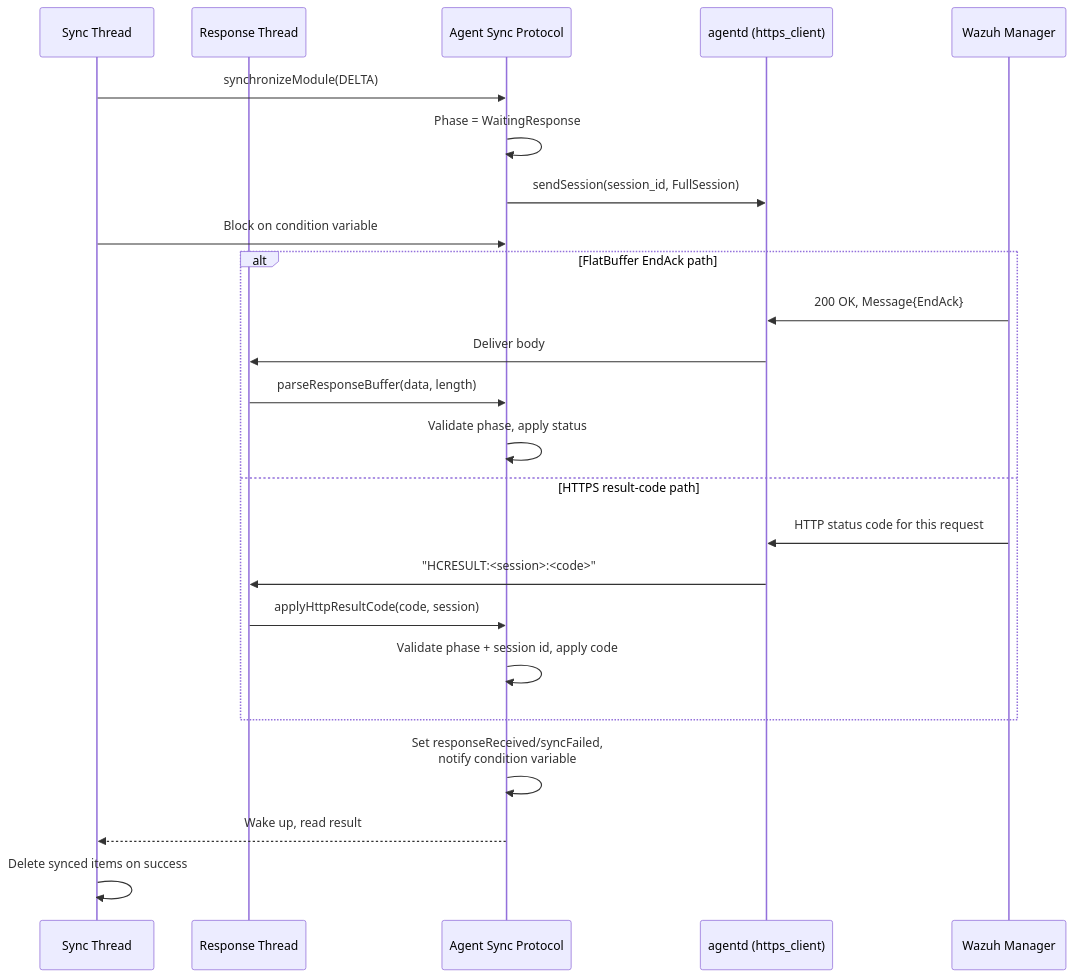
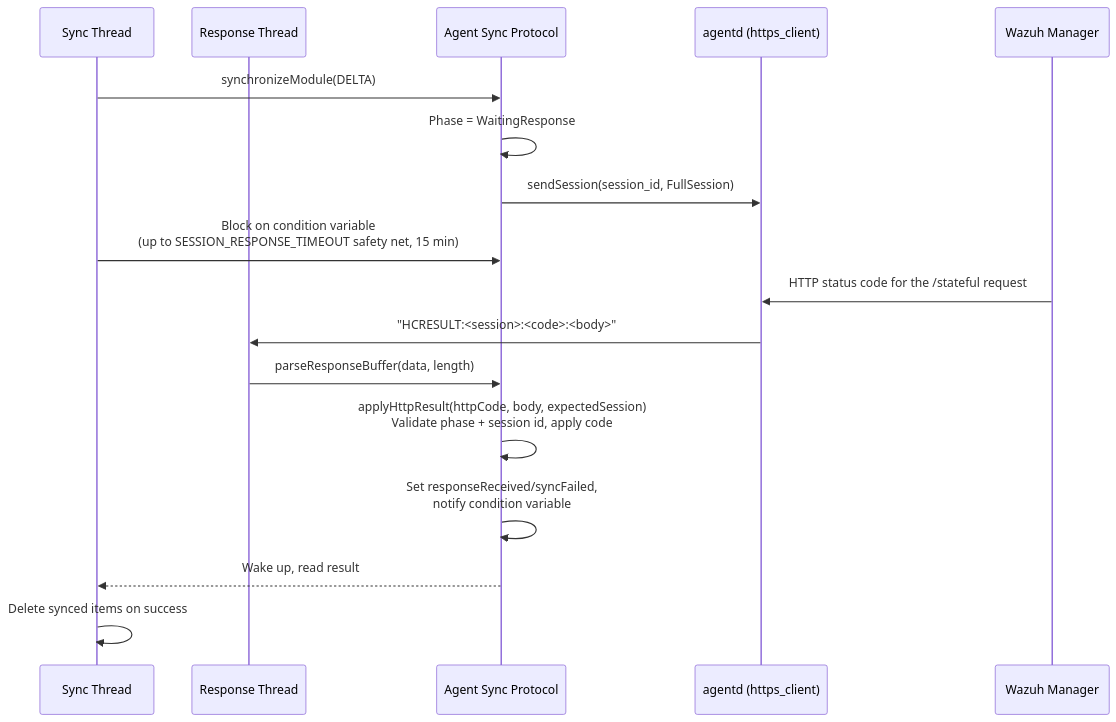
One commit to wazuh/wazuh changed diagram 12 of 12 in docs/ref/modules/utils/sync-protocol/sequence-diagrams.md. Above: the diagram before and after it, drawn with Mermaid. The commit also changed other lines of this file and 55 other files, not shown here.

````diff
--- a/docs/ref/modules/utils/sync-protocol/sequence-diagrams.md
+++ b/docs/ref/modules/utils/sync-protocol/sequence-diagrams.md
@@ -302,29 +307,22 @@
 ```mermaid
 sequenceDiagram
     participant SyncThread as Sync Thread
     participant ResponseThread as Response Thread
     participant ASP as Agent Sync Protocol
     participant AD as agentd (https_client)
     participant Manager as Wazuh Manager
 
     SyncThread->>ASP: synchronizeModule(DELTA)
     ASP->>ASP: Phase = WaitingResponse
     ASP->>AD: sendSession(session_id, FullSession)
-    SyncThread->>ASP: Block on condition variable
+    SyncThread->>ASP: Block on condition variable<br/>(up to SESSION_RESPONSE_TIMEOUT safety net, 15 min)
 
-    alt FlatBuffer EndAck path
-        Manager->>AD: 200 OK, Message{EndAck}
-        AD->>ResponseThread: Deliver body
-        ResponseThread->>ASP: parseResponseBuffer(data, length)
-        ASP->>ASP: Validate phase, apply status
-    else HTTPS result-code path
-        Manager->>AD: HTTP status code for this request
-        AD->>ResponseThread: "HCRESULT:<session>:<code>"
-        ResponseThread->>ASP: applyHttpResultCode(code, session)
-        ASP->>ASP: Validate phase + session id, apply code
-    end
+    Manager->>AD: HTTP status code for the /stateful request
+    AD->>ResponseThread: "HCRESULT:<session>:<code>:<body>"
+    ResponseThread->>ASP: parseResponseBuffer(data, length)
+    ASP->>ASP: applyHttpResult(httpCode, body, expectedSession)<br/>Validate phase + session id, apply code
 
     ASP->>ASP: Set responseReceived/syncFailed,<br/>notify condition variable
     ASP-->>SyncThread: Wake up, read result
     SyncThread->>SyncThread: Delete synced items on success
 ```
````
